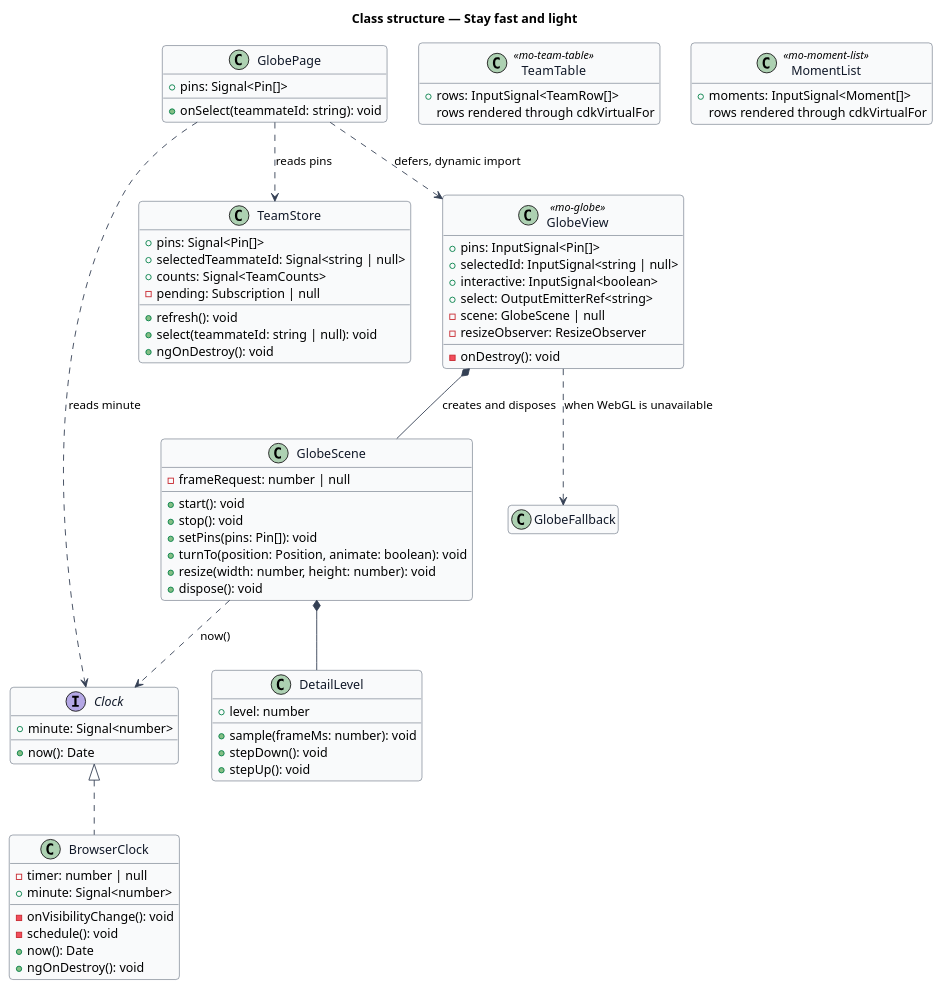
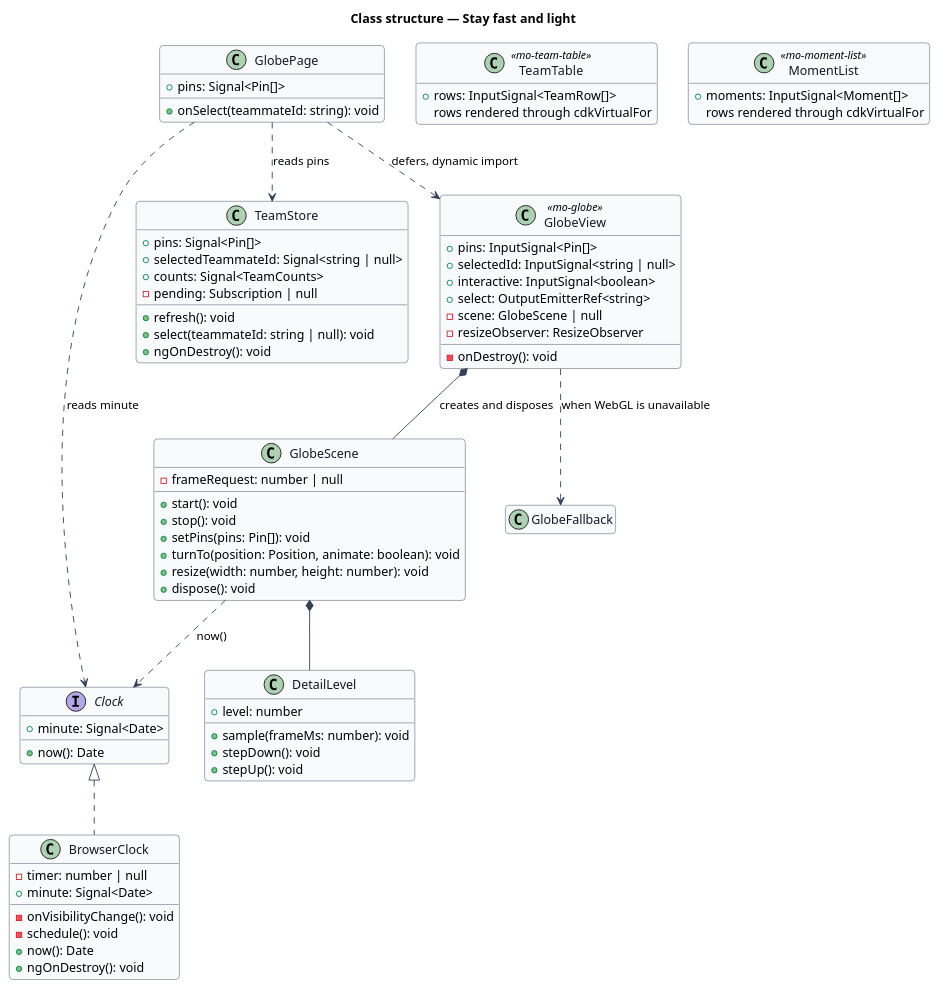
The diagram in docs/detailed-designs/platform/stay-fast-and-light/diagrams/class-structure.puml (QuinntyneBrown/Mondino), drawn with PlantUML before and after one commit. The commit also changed 21 other files, not shown here.

```diff
--- a/docs/detailed-designs/platform/stay-fast-and-light/diagrams/class-structure.puml
+++ b/docs/detailed-designs/platform/stay-fast-and-light/diagrams/class-structure.puml
@@ -1,92 +1,92 @@
 @startuml
 skinparam backgroundColor #FFFFFF
 skinparam shadowing false
 skinparam roundcorner 8
 skinparam defaultFontName Arial
 skinparam ArrowColor #344054
 skinparam class {
   BorderColor #344054
   FontColor #101828
   BackgroundColor #F9FAFB
 }
 hide empty members
 title Class structure — Stay fast and light
 
 interface Clock {
   +now(): Date
-  +minute: Signal<number>
+  +minute: Signal<Date>
 }
 
 class BrowserClock {
   -timer: number | null
   -onVisibilityChange(): void
   -schedule(): void
   +now(): Date
-  +minute: Signal<number>
+  +minute: Signal<Date>
   +ngOnDestroy(): void
 }
 
 class TeamStore {
   +pins: Signal<Pin[]>
   +selectedTeammateId: Signal<string | null>
   +counts: Signal<TeamCounts>
   -pending: Subscription | null
   +refresh(): void
   +select(teammateId: string | null): void
   +ngOnDestroy(): void
 }
 
 class GlobePage {
   +pins: Signal<Pin[]>
   +onSelect(teammateId: string): void
 }
 
 class GlobeView <<mo-globe>> {
   +pins: InputSignal<Pin[]>
   +selectedId: InputSignal<string | null>
   +interactive: InputSignal<boolean>
   +select: OutputEmitterRef<string>
   -scene: GlobeScene | null
   -resizeObserver: ResizeObserver
   -onDestroy(): void
 }
 
 class GlobeScene {
   -frameRequest: number | null
   +start(): void
   +stop(): void
   +setPins(pins: Pin[]): void
   +turnTo(position: Position, animate: boolean): void
   +resize(width: number, height: number): void
   +dispose(): void
 }
 
 class DetailLevel {
   +level: number
   +sample(frameMs: number): void
   +stepDown(): void
   +stepUp(): void
 }
 
 class GlobeFallback {
 }
 
 class TeamTable <<mo-team-table>> {
   +rows: InputSignal<TeamRow[]>
   rows rendered through cdkVirtualFor
 }
 
 class MomentList <<mo-moment-list>> {
   +moments: InputSignal<Moment[]>
   rows rendered through cdkVirtualFor
 }
 
 Clock <|.. BrowserClock
 GlobePage ..> TeamStore : reads pins
 GlobePage ..> Clock : reads minute
 GlobePage ..> GlobeView : defers, dynamic import
 GlobeView *-- GlobeScene : creates and disposes
 GlobeView ..> GlobeFallback : when WebGL is unavailable
 GlobeScene *-- DetailLevel
 GlobeScene ..> Clock : now()
 @enduml
```
